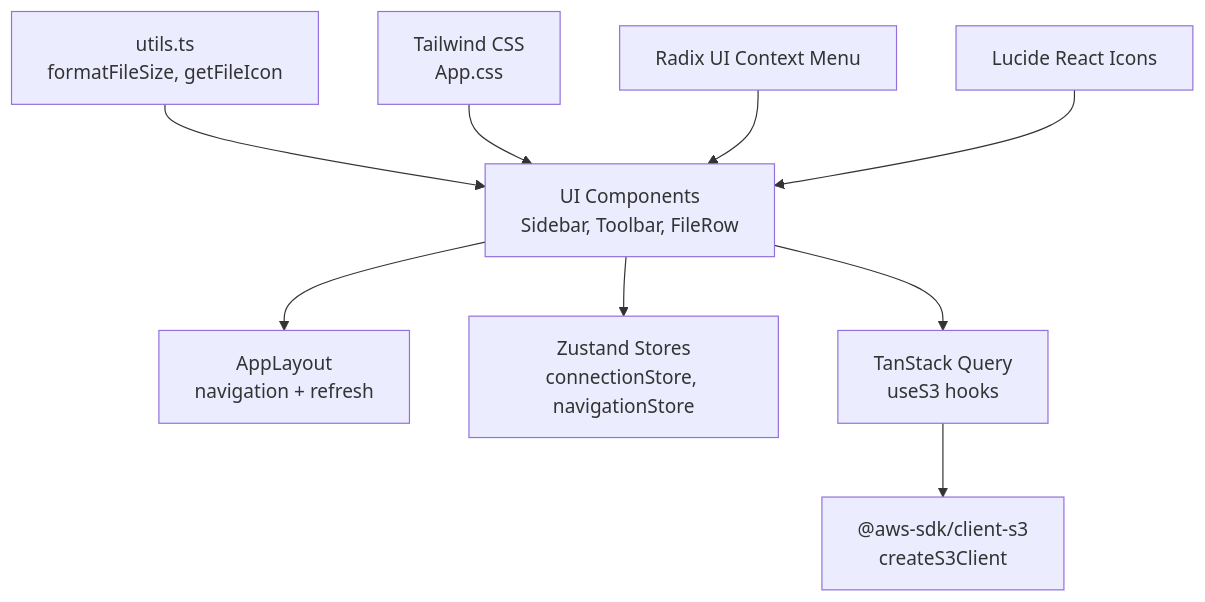
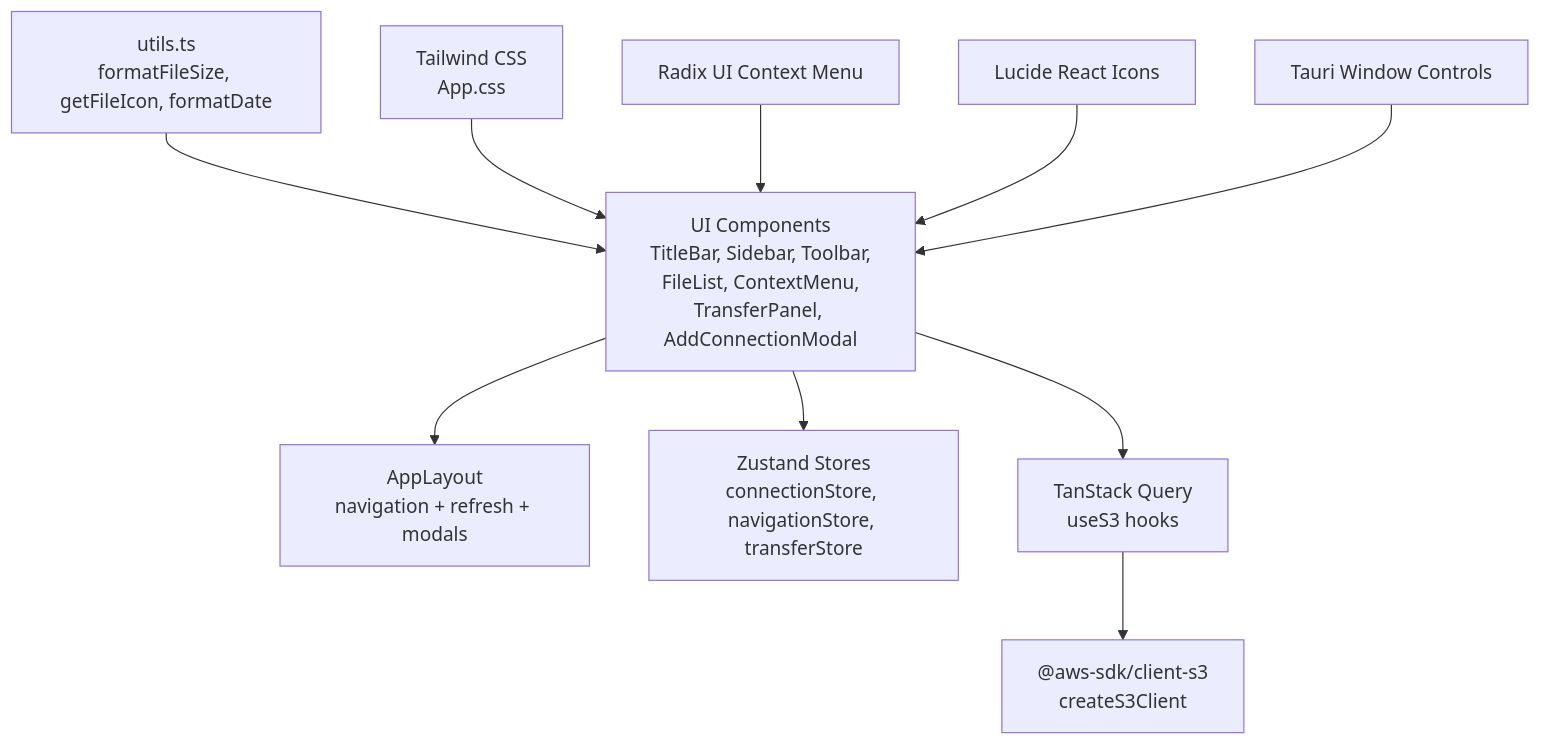
Before and after one commit to nasrulhadi/s3-explorer: the second of 10 diagrams in .qoder/repowiki/en/content/UI Components.md, drawn with Mermaid. The commit also changed other lines of this file and 44 other files, not shown here.

First line of the commit message:
feat(ui): introduce comprehensive UI component system with TransferPanel and AddConnectionModal

````diff
--- a/.qoder/repowiki/en/content/UI Components.md
+++ b/.qoder/repowiki/en/content/UI Components.md
@@ -108,11 +167,12 @@
 ```mermaid
 graph TB
-UI["UI Components<br/>Sidebar, Toolbar, FileRow"] --> LAYOUT["AppLayout<br/>navigation + refresh"]
-UI --> STORES["Zustand Stores<br/>connectionStore, navigationStore"]
+UI["UI Components<br/>TitleBar, Sidebar, Toolbar,<br/>FileList, ContextMenu,<br/>TransferPanel, AddConnectionModal"] --> LAYOUT["AppLayout<br/>navigation + refresh + modals"]
+UI --> STORES["Zustand Stores<br/>connectionStore, navigationStore, transferStore"]
 UI --> QUERIES["TanStack Query<br/>useS3 hooks"]
 QUERIES --> S3["@aws-sdk/client-s3<br/>createS3Client"]
-UTILS["utils.ts<br/>formatFileSize, getFileIcon"] --> UI
+UTILS["utils.ts<br/>formatFileSize, getFileIcon, formatDate"] --> UI
 STYLING["Tailwind CSS<br/>App.css"] --> UI
 CONTEXT["Radix UI Context Menu"] --> UI
 ICONS["Lucide React Icons"] --> UI
+TAURI["Tauri Window Controls"] --> UI
 ```
````
